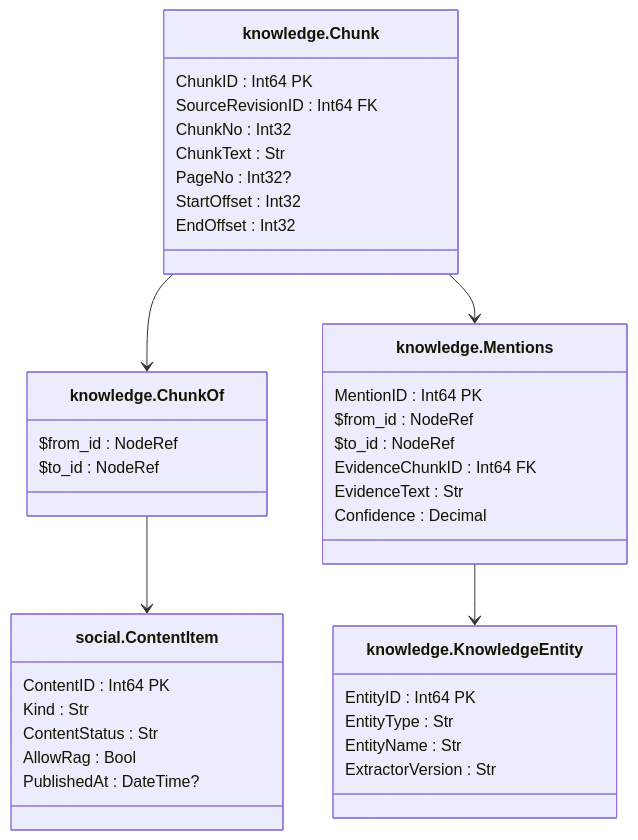
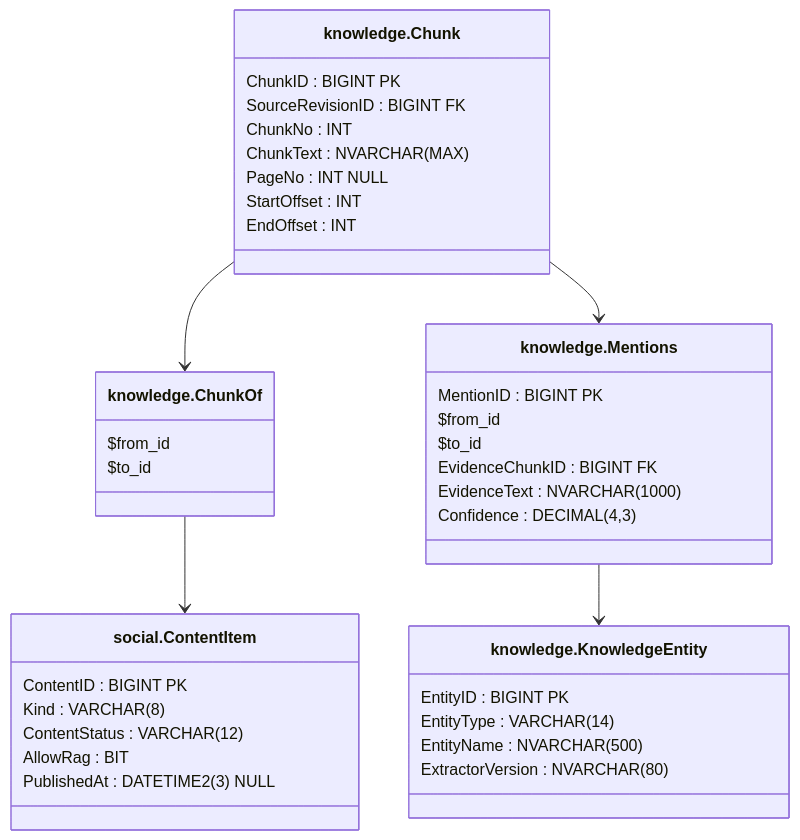
Before and after one commit to lkeey/BIVT-labs: the ninth of 15 diagrams in 03SQL-CourseWork/architecture/database-model.md, drawn with Mermaid. The commit also changed other lines of this file, not shown here.

Commit message:
docs(coursework): use exact T-SQL types in database diagrams

```diff
--- a/03SQL-CourseWork/architecture/database-model.md
+++ b/03SQL-CourseWork/architecture/database-model.md
@@ -340,42 +340,42 @@
 ~~~mermaid
 classDiagram
     direction TB
     class K["knowledge.Chunk"] {
-        ChunkID : Int64 PK
-        SourceRevisionID : Int64 FK
-        ChunkNo : Int32
-        ChunkText : Str
-        PageNo : Int32?
-        StartOffset : Int32
-        EndOffset : Int32
+        ChunkID : BIGINT PK
+        SourceRevisionID : BIGINT FK
+        ChunkNo : INT
+        ChunkText : NVARCHAR#40;MAX#41;
+        PageNo : INT NULL
+        StartOffset : INT
+        EndOffset : INT
     }
     class O["knowledge.ChunkOf"] {
-        $from_id : NodeRef
-        $to_id : NodeRef
+        $from_id
+        $to_id
     }
     class I["social.ContentItem"] {
-        ContentID : Int64 PK
-        Kind : Str
-        ContentStatus : Str
-        AllowRag : Bool
-        PublishedAt : DateTime?
+        ContentID : BIGINT PK
+        Kind : VARCHAR#40;8#41;
+        ContentStatus : VARCHAR#40;12#41;
+        AllowRag : BIT
+        PublishedAt : DATETIME2#40;3#41; NULL
     }
     class M["knowledge.Mentions"] {
-        MentionID : Int64 PK
-        $from_id : NodeRef
-        $to_id : NodeRef
-        EvidenceChunkID : Int64 FK
-        EvidenceText : Str
-        Confidence : Decimal
+        MentionID : BIGINT PK
+        $from_id
+        $to_id
+        EvidenceChunkID : BIGINT FK
+        EvidenceText : NVARCHAR#40;1000#41;
+        Confidence : DECIMAL#40;4,3#41;
     }
     class E["knowledge.KnowledgeEntity"] {
-        EntityID : Int64 PK
-        EntityType : Str
-        EntityName : Str
-        ExtractorVersion : Str
+        EntityID : BIGINT PK
+        EntityType : VARCHAR#40;14#41;
+        EntityName : NVARCHAR#40;500#41;
+        ExtractorVersion : NVARCHAR#40;80#41;
     }
     K --> O
     O --> I
     K --> M
     M --> E
 ~~~
```
